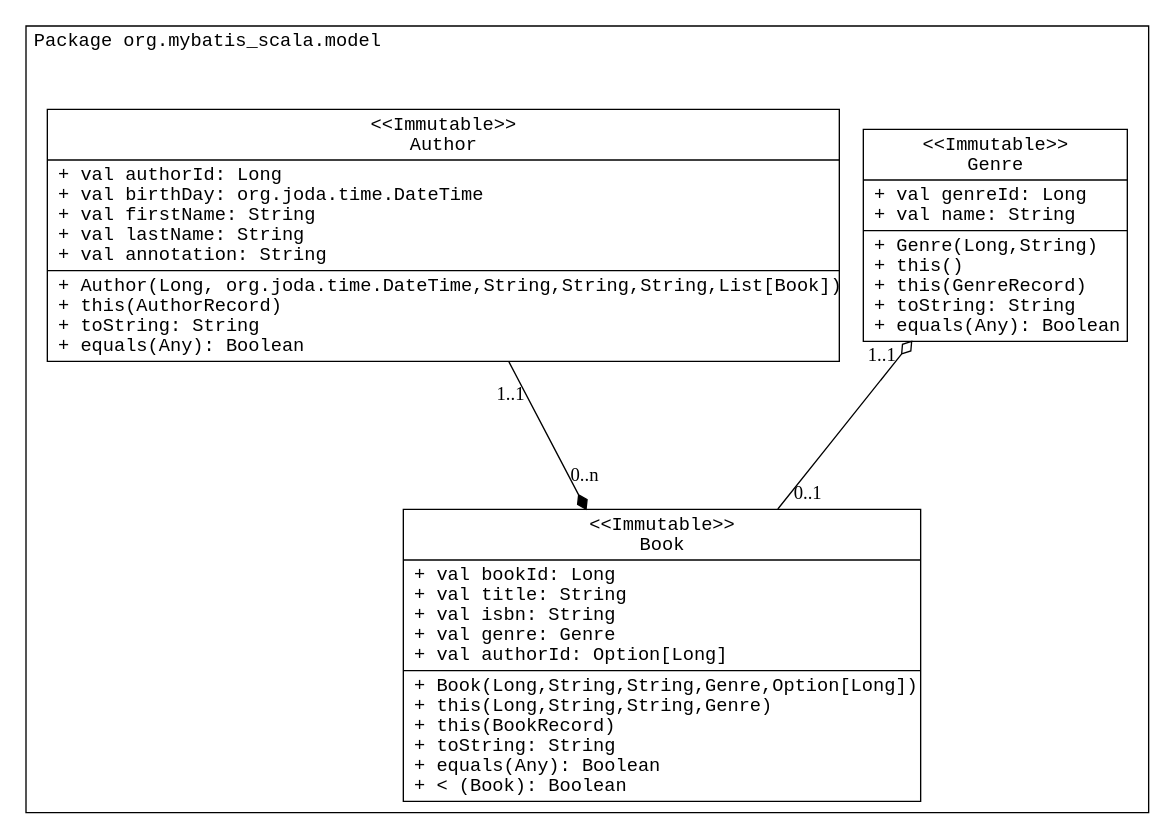
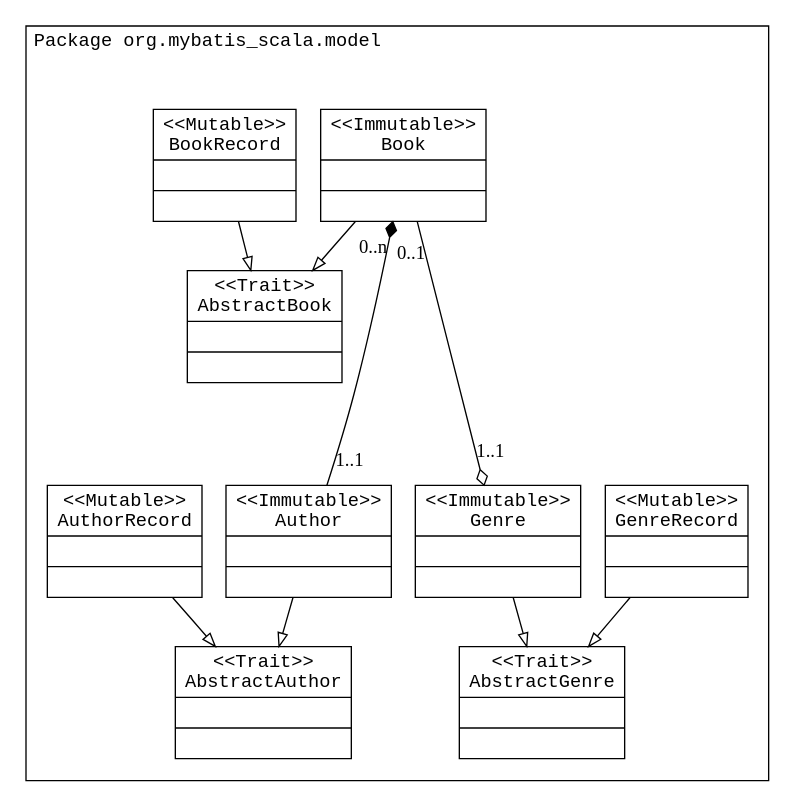
Before and after one commit to kolchanov/MyBatis-Scala-In-Samples: the diagram in src/main/graphviz/ModelUml.dot, drawn with Graphviz. The commit also changed 38 other files, not shown here.

```diff
--- a/src/main/graphviz/ModelUml.dot
+++ b/src/main/graphviz/ModelUml.dot
@@ -1,50 +1,92 @@
 digraph ModelUml {
 
 	fontname  = "Courier"
+
 
 
 	node [ 
 		fontname  = "Courier"
 		shape = "record"
 	]
 
 	edge [
 		arrowhead = "empty"
 	]	
 
 
 	
 		subgraph cluster1 {
 			label = "Package org.mybatis_scala.model"		
 			labeljust = "l"
 		
+
 			subgraph cluster2 {
 			
 				style = "invis"
-				Genre [
-					label = "{\<\<Immutable\>\>\nGenre| + val genreId: Long\l+ val name: String\l|+ Genre(Long,String)\l+ this()\l+ this(GenreRecord)\l+ toString: String\l+ equals(Any): Boolean\l }"
+				
+				Book [
+					label = "{\<\<Immutable\>\>\nBook| |}"
+				]
+				AbstractBook [
+					label = "{\<\<Trait\>\>\nAbstractBook|  |}"
 				]
 
+				BookRecord [
+					label = "{\<\<Mutable\>\>\nBookRecord| |}"
+				]					
+		  }
+		
+			subgraph cluster3 {
+			
+				style = "invis"
+				
+				Genre [
+					label = "{\<\<Immutable\>\>\nGenre| |}"
+				]
+				AbstractGenre [
+					label = "{\<\<Trait\>\>\nAbstractGenre|  |}"
+				]
 
+				GenreRecord [
+					label = "{\<\<Mutable\>\>\nGenreRecord| | }"
+				]			
+			}
+			
+			subgraph cluster3 {
+			
+				style = "invis"
+				
 				Author [
-					label = "{\<\<Immutable\>\>\nAuthor|+ val authorId: Long\l+ val birthDay: org.joda.time.DateTime\l+ val firstName: String\l+ val lastName: String\l+ val annotation: String\l |+ Author(Long, org.joda.time.DateTime,String,String,String,List[Book])\l+ this(AuthorRecord)\l+ toString: String\l+ equals(Any): Boolean\l}"
+					label = "{\<\<Immutable\>\>\nAuthor| |}"
+				]		
+
+				AbstractAuthor [
+					label = "{\<\<Trait\>\>\nAbstractAuthor|  | }"
+				]	
+
+				AuthorRecord [
+					label = "{\<\<Mutable\>\>\nAuthorRecord| |}"
 				]				
-				
+			
+			}		
 			}
+			
 
-			Book [
-				label = "{\<\<Immutable\>\>\nBook| + val bookId: Long\l+ val title: String\l+ val isbn: String\l+ val genre: Genre\l+ val authorId: Option[Long]\l|+ Book(Long,String,String,Genre,Option[Long])\l+ this(Long,String,String,Genre)\l+ this(BookRecord)\l+ toString: String\l+ equals(Any): Boolean\l+ \< (Book): Boolean\l }"
-			]
+	
+	
+			BookRecord -> AbstractBook	
+			Book -> AbstractBook
+			
+			AuthorRecord -> AbstractAuthor
+			Author -> AbstractAuthor
 
-		
-		}
-	
-
-
-
+			GenreRecord -> AbstractGenre
+			Genre -> AbstractGenre
+			
+			
 
 		Book -> Genre [arrowhead = "odiamond", taillabel="0..1", headlabel="1..1", labeldistance = 2.5, minlen = 3]
 		Author -> Book [arrowhead = "diamond", taillabel="1..1", headlabel="0..n", labeldistance = 2.5, minlen = 3]  
-		
+
 
 }
```
